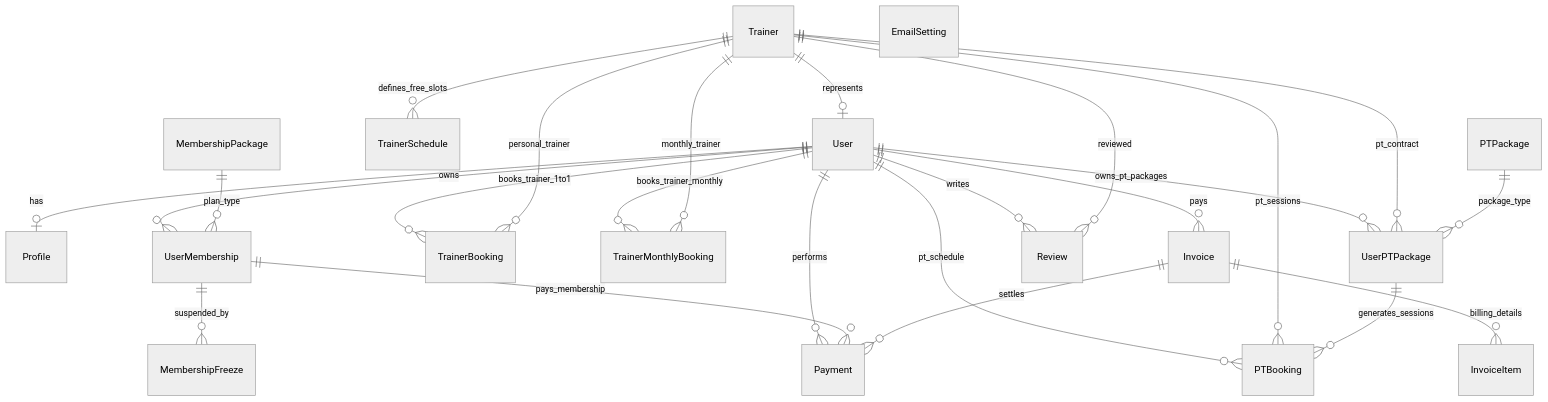
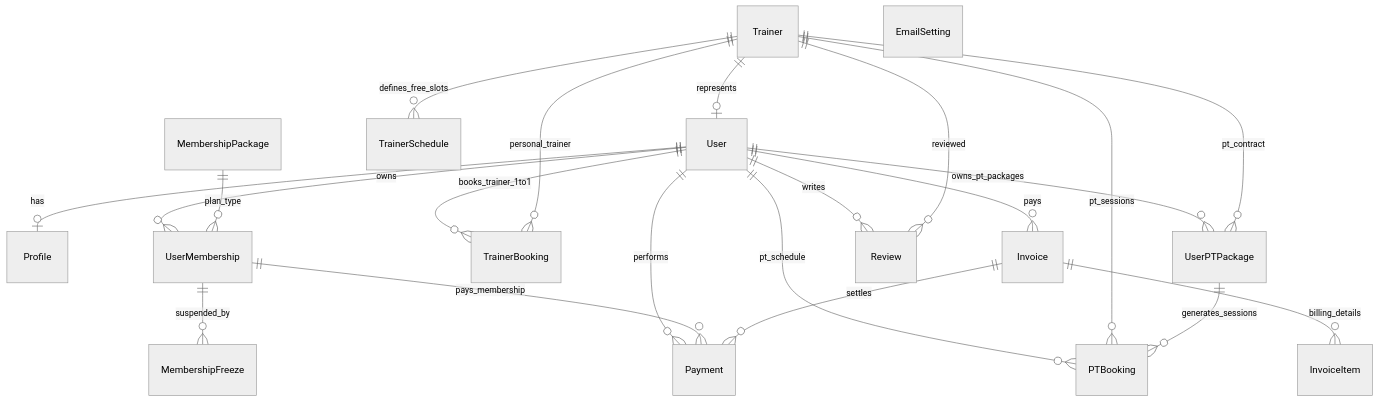
Before and after one commit to quangdz05/DEHA: the diagram in database_analysis_report.md, drawn with Mermaid (neutral theme). The commit also changed other lines of this file and 5 other files, not shown here.

````diff
--- a/database_analysis_report.md
+++ b/database_analysis_report.md
@@ -320,36 +282,33 @@
 ```mermaid
 erDiagram
     User ||--o| Profile : "has"
     User ||--o{ UserMembership : "owns"
     User ||--o{ TrainerBooking : "books_trainer_1to1"
-    User ||--o{ TrainerMonthlyBooking : "books_trainer_monthly"
     User ||--o{ UserPTPackage : "owns_pt_packages"
     User ||--o{ PTBooking : "pt_schedule"
     User ||--o{ Invoice : "pays"
     User ||--o{ Payment : "performs"
     User ||--o{ Review : "writes"
 
     Trainer ||--o| User : "represents"
     Trainer ||--o{ TrainerBooking : "personal_trainer"
-    Trainer ||--o{ TrainerMonthlyBooking : "monthly_trainer"
     Trainer ||--o{ TrainerSchedule : "defines_free_slots"
     Trainer ||--o{ UserPTPackage : "pt_contract"
     Trainer ||--o{ PTBooking : "pt_sessions"
     Trainer ||--o{ Review : "reviewed"
 
 
 
 
 
     UserMembership ||--o{ MembershipFreeze : "suspended_by"
     UserMembership ||--o{ Payment : "pays_membership"
 
     MembershipPackage ||--o{ UserMembership : "plan_type"
 
-    PTPackage ||--o{ UserPTPackage : "package_type"
     UserPTPackage ||--o{ PTBooking : "generates_sessions"
 
     Invoice ||--o{ InvoiceItem : "billing_details"
     Invoice ||--o{ Payment : "settles"
     EmailSetting
 ```
````
